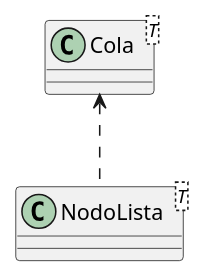
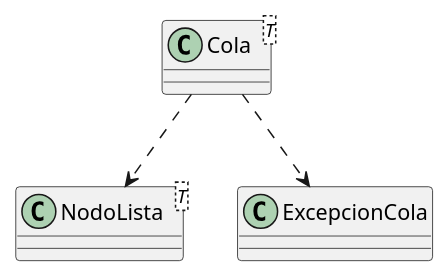
The diagram in UML/Cola.puml (Tastor2k2/AYED-tpg-2c2024-compilados), drawn with PlantUML before and after one commit. The commit also changed 10 other files, not shown here.

Commit message:
Agregue un par de UML de las clases que faltaban

```diff
--- a/UML/Cola.puml
+++ b/UML/Cola.puml
@@ -1,11 +1,14 @@
 @startuml
 
 class Cola<T> {
 }
 
 class NodoLista<T> {
 }
 
-Cola <..NodoLista
+class ExcepcionCola {
+}
+Cola ..>NodoLista
+Cola ..>ExcepcionCola
 
 @enduml
```
